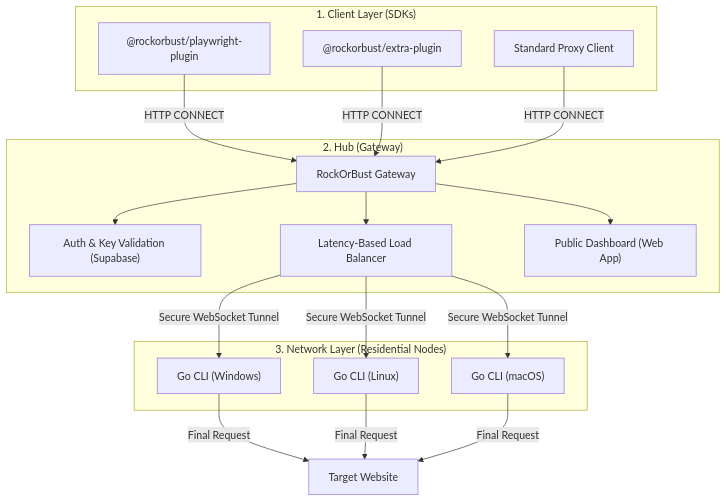
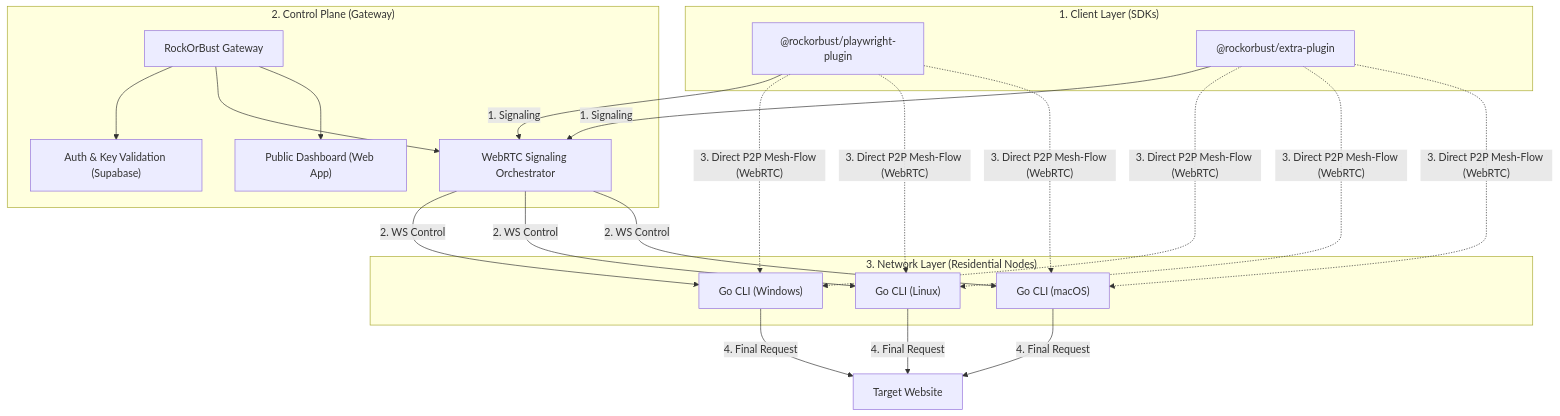
One commit to pratikpatwe/RockOrBust changed the diagram in README.md. Above: the diagram before and after it, drawn with Mermaid. The commit also changed other lines of this file, not shown here.

Commit message:
docs(root): update architecture diagram and descriptions for P2P Mesh-Flow (#78)

````diff
--- a/README.md
+++ b/README.md
@@ -11,28 +11,29 @@
 ```mermaid
 graph TD
     subgraph "1. Client Layer (SDKs)"
         A1["@rockorbust/playwright-plugin"]
         A2["@rockorbust/extra-plugin"]
-        A3["Standard Proxy Client"]
     end
 
-    subgraph "2. Hub (Gateway)"
+    subgraph "2. Control Plane (Gateway)"
         B["RockOrBust Gateway"]
         B1["Auth & Key Validation (Supabase)"]
-        B2["Latency-Based Load Balancer"]
+        B2["WebRTC Signaling Orchestrator"]
         B3["Public Dashboard (Web App)"]
         B --> B1
         B --> B2
         B --> B3
     end
 
     subgraph "3. Network Layer (Residential Nodes)"
         C1["Go CLI (Windows)"]
         C2["Go CLI (Linux)"]
         C3["Go CLI (macOS)"]
     end
 
-    A1 & A2 & A3 -- "HTTP CONNECT" --> B
-    B2 -- "Secure WebSocket Tunnel" --> C1 & C2 & C3
-    C1 & C2 & C3 -- "Final Request" --> D["Target Website"]
+    A1 & A2 -- "1. Signaling" --> B2
+    B2 -- "2. WS Control" --> C1 & C2 & C3
+    
+    A1 & A2 -. "3. Direct P2P Mesh-Flow (WebRTC)" .-> C1 & C2 & C3
+    C1 & C2 & C3 -- "4. Final Request" --> D["Target Website"]
 ```
````
